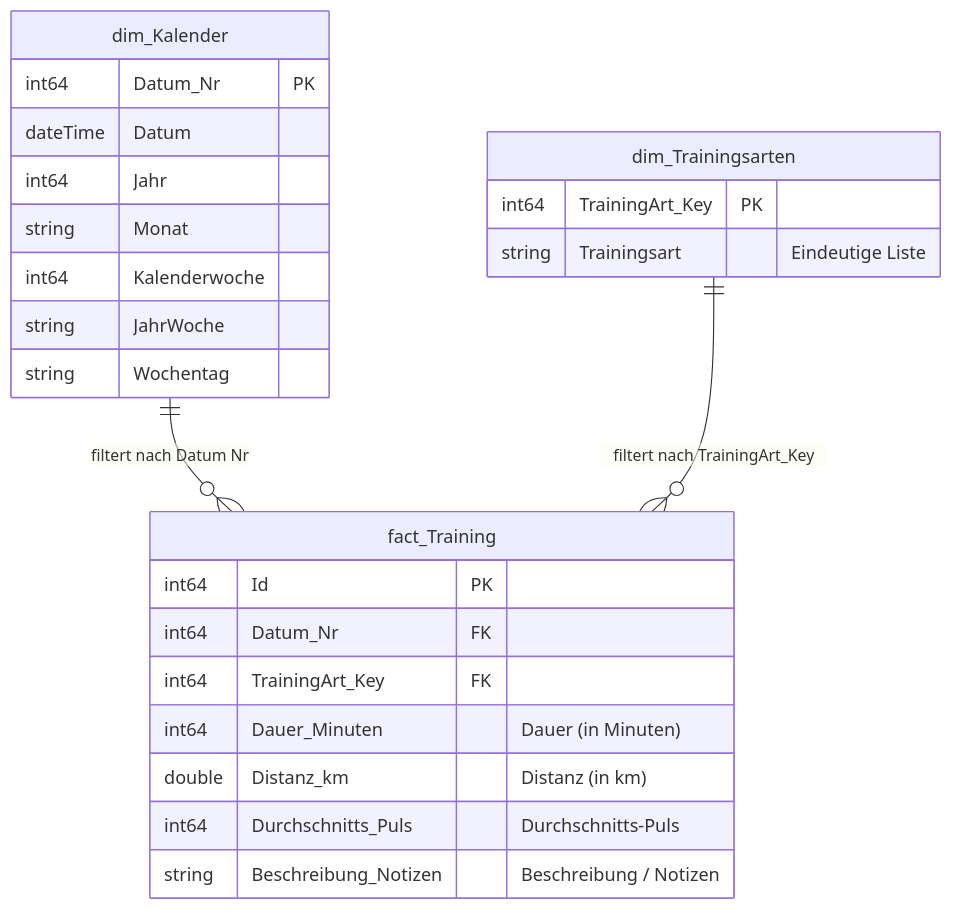
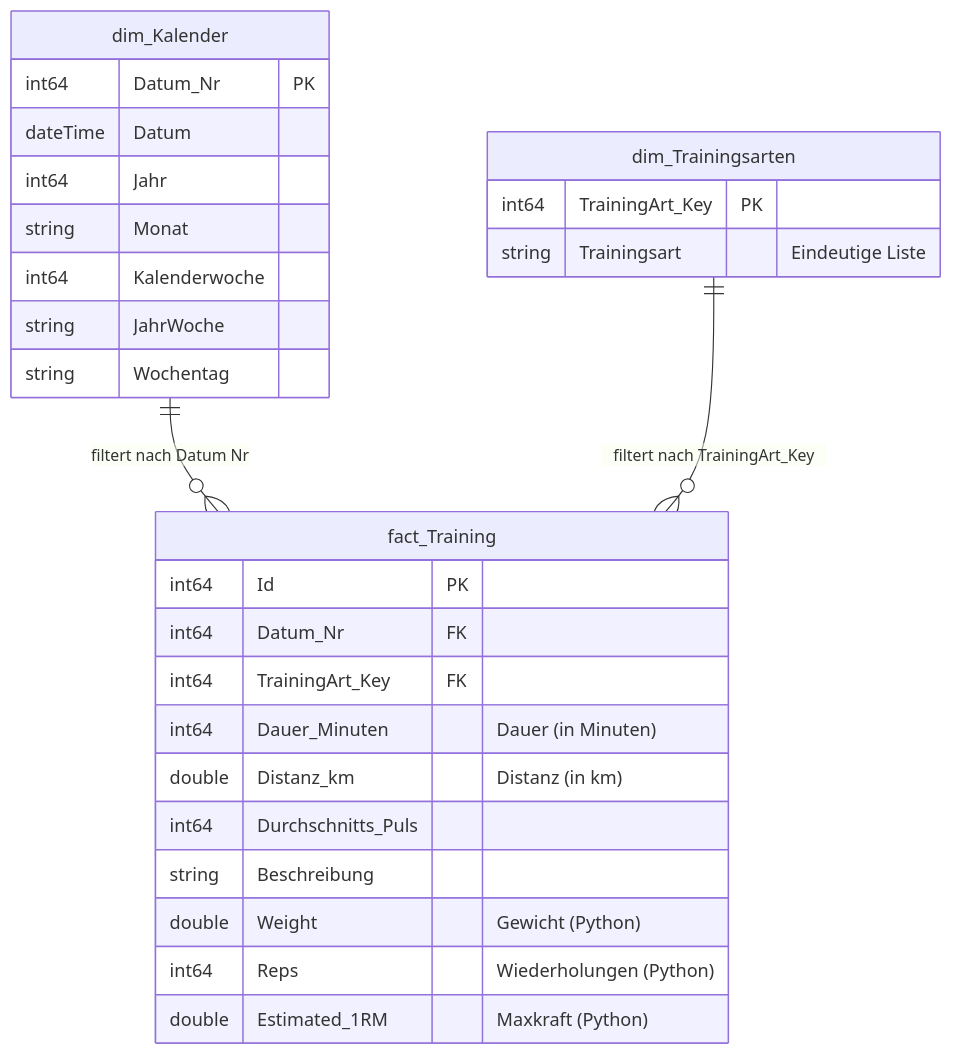
One commit to AndreasTraut/Personal-Fitness-BI changed the diagram in docs/03_datenmodell.md. Above: the diagram before and after it, drawn with Mermaid. The commit also changed other lines of this file and 6 other files, not shown here.

````diff
--- a/docs/03_datenmodell.md
+++ b/docs/03_datenmodell.md
@@ -14,30 +14,33 @@
 ```mermaid
 erDiagram
     dim_Kalender ||--o{ fact_Training : "filtert nach Datum Nr"
     dim_Trainingsarten ||--o{ fact_Training : "filtert nach TrainingArt_Key"
     
     dim_Kalender {
         int64 Datum_Nr PK
         dateTime Datum
         int64 Jahr
         string Monat
         int64 Kalenderwoche
         string JahrWoche
         string Wochentag
     }
 
     dim_Trainingsarten {
         int64 TrainingArt_Key PK
         string Trainingsart "Eindeutige Liste"
     }
 
-    fact_Training {
+fact_Training {
         int64 Id PK
         int64 Datum_Nr FK
         int64 TrainingArt_Key FK
         int64 Dauer_Minuten "Dauer (in Minuten)"
         double Distanz_km "Distanz (in km)"
-        int64 Durchschnitts_Puls "Durchschnitts-Puls"
-        string Beschreibung_Notizen "Beschreibung / Notizen"
+        int64 Durchschnitts_Puls
+        string Beschreibung
+        double Weight "Gewicht (Python)"
+        int64 Reps "Wiederholungen (Python)"
+        double Estimated_1RM "Maxkraft (Python)"
     }
 ```
````
